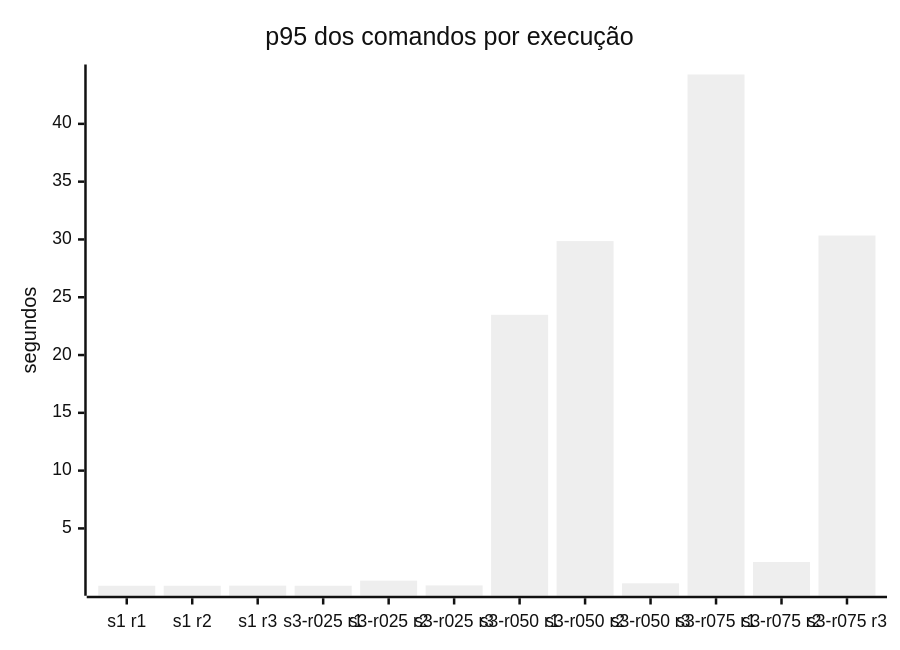
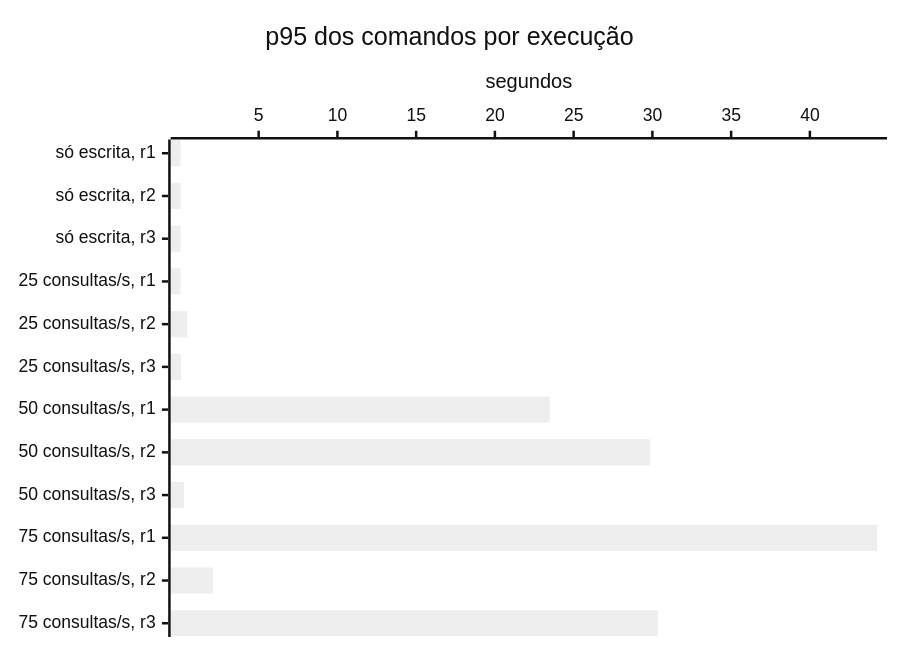
Before and after one commit to guipalm4/spring-cqrs: the first of 2 diagrams in README.md, drawn with Mermaid (neutral theme). The commit also changed 2 other files, not shown here.

Commit message:
Gráfico de barras na horizontal com a carga de leitura nos rótulos (#13)
No GitHub, os doze rótulos no eixo x se sobrepunham. Rótulos passam a dizer a carga ("50 consultas/s, r1")
em vez do nome do cenário.

````diff
--- a/README.md
+++ b/README.md
@@ -39,7 +39,7 @@
 ```mermaid
-xychart-beta
+xychart-beta horizontal
     title "p95 dos comandos por execução"
-    x-axis ["s1 r1", "s1 r2", "s1 r3", "s3-r025 r1", "s3-r025 r2", "s3-r025 r3", "s3-r050 r1", "s3-r050 r2", "s3-r050 r3", "s3-r075 r1", "s3-r075 r2", "s3-r075 r3"]
+    x-axis ["só escrita, r1", "só escrita, r2", "só escrita, r3", "25 consultas/s, r1", "25 consultas/s, r2", "25 consultas/s, r3", "50 consultas/s, r1", "50 consultas/s, r2", "50 consultas/s, r3", "75 consultas/s, r1", "75 consultas/s, r2", "75 consultas/s, r3"]
     y-axis "segundos"
     bar [0.04, 0.04, 0.05, 0.04, 0.48, 0.07, 23.48, 29.86, 0.25, 44.27, 2.09, 30.34]
 ```
````
